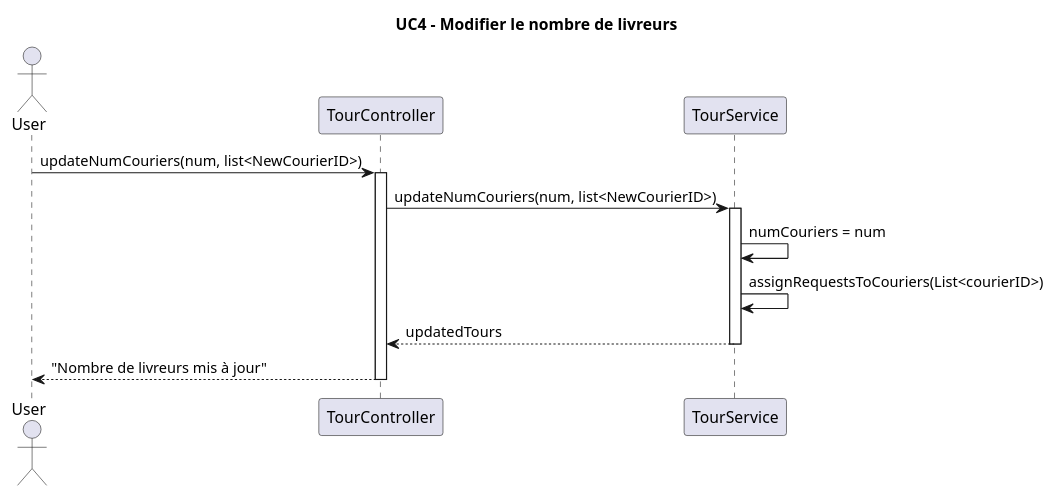
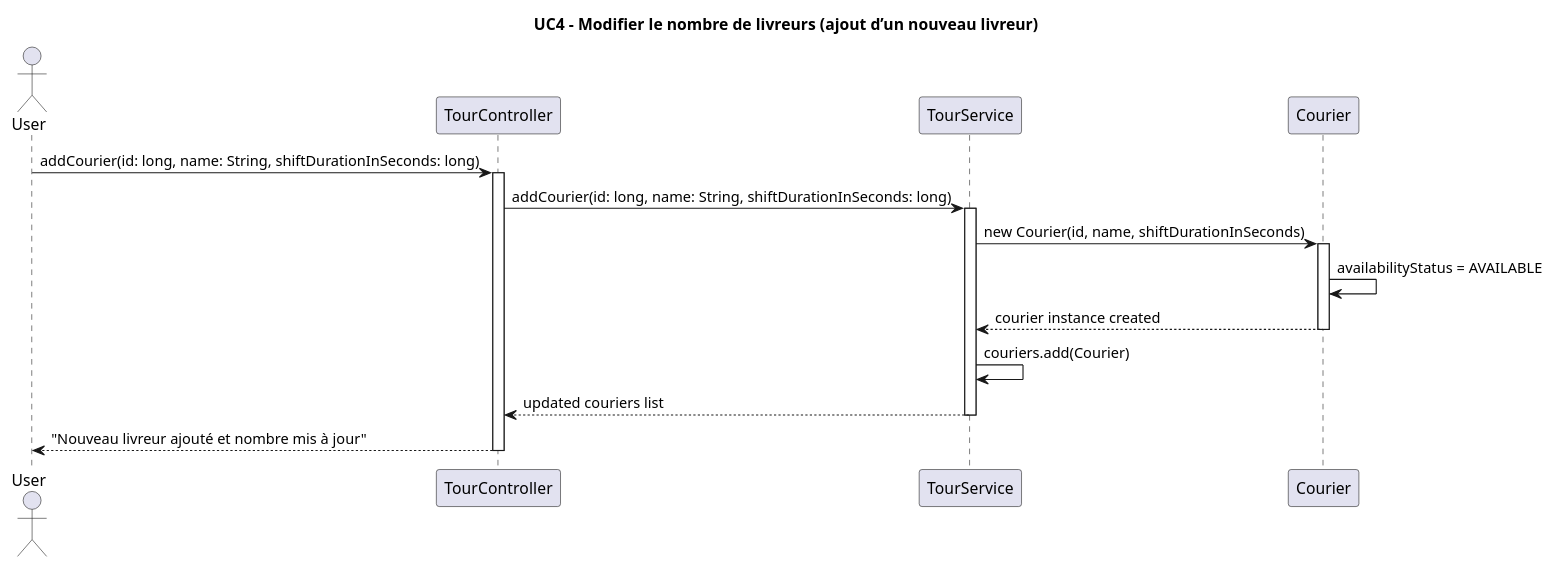
The diagram in diagrams/diagramUC4.plantuml (enzo-dosanjos/Pickup_Delivery_App), drawn with PlantUML before and after one commit. The commit also changed 13 other files, not shown here.

```diff
--- a/diagrams/diagramUC4.plantuml
+++ b/diagrams/diagramUC4.plantuml
@@ -1,21 +1,27 @@
 @startuml
-title UC4 - Modifier le nombre de livreurs
+title UC4 - Modifier le nombre de livreurs (ajout d’un nouveau livreur)
 
 actor User
 participant "TourController" as TC
 participant "TourService" as TS
+participant "Courier" as C
 
-User -> TC : updateNumCouriers(num, list<NewCourierID>)
+User -> TC : addCourier(id: long, name: String, shiftDurationInSeconds: long)
 activate TC
 
-TC -> TS : updateNumCouriers(num, list<NewCourierID>)
+TC -> TS : addCourier(id: long, name: String, shiftDurationInSeconds: long)
 activate TS
 
-TS -> TS : numCouriers = num
-TS -> TS : assignRequestsToCouriers(List<courierID>) 
-TS --> TC : updatedTours
+TS -> C : new Courier(id, name, shiftDurationInSeconds)
+activate C
+C -> C : availabilityStatus = AVAILABLE
+C --> TS : courier instance created
+deactivate C
+
+TS -> TS : couriers.add(Courier)
+TS --> TC : updated couriers list
 deactivate TS
 
-TC --> User : "Nombre de livreurs mis à jour"
+TC --> User : "Nouveau livreur ajouté et nombre mis à jour"
 deactivate TC
 @enduml
```
